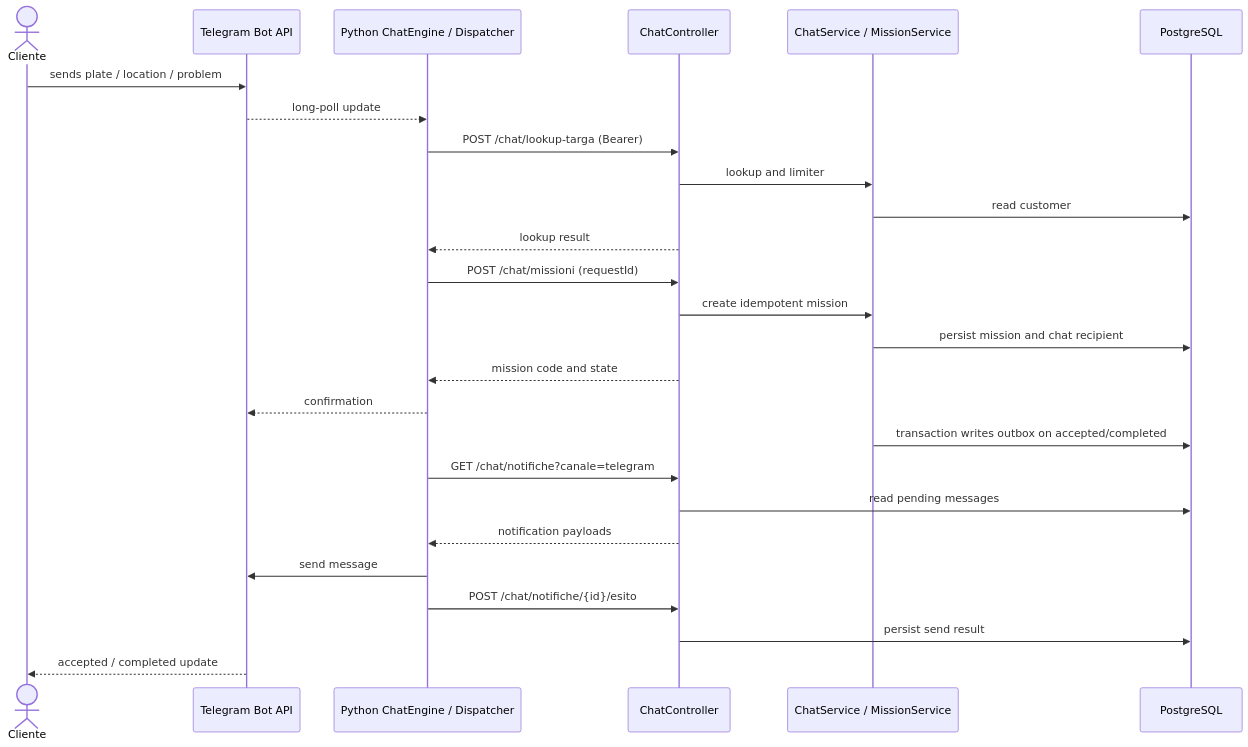
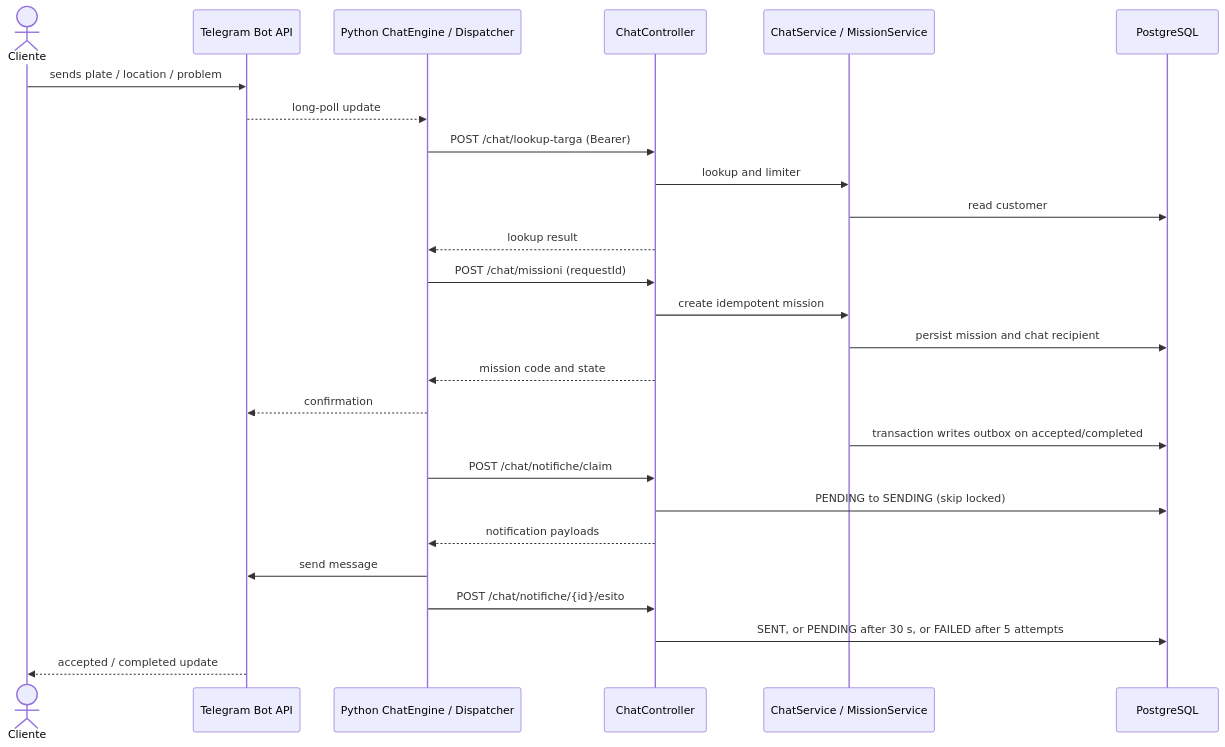
The diagram in docs/diagrams/chat_notifications_sequence.mmd (coluccimarco/fornitori-soccorso), drawn with Mermaid before and after one commit. The commit also changed 75 other files, not shown here.

```diff
--- a/docs/diagrams/chat_notifications_sequence.mmd
+++ b/docs/diagrams/chat_notifications_sequence.mmd
@@ -1,27 +1,27 @@
-%% Telegram long polling and supported notifications; not a provider CI test.
+%% Telegram long polling e notifiche con riserva persistente.
 sequenceDiagram
     actor Cliente
     participant Telegram as Telegram Bot API
     participant Bot as Python ChatEngine / Dispatcher
     participant API as ChatController
     participant Service as ChatService / MissionService
     participant DB as PostgreSQL
     Cliente->>Telegram: sends plate / location / problem
     Telegram-->>Bot: long-poll update
     Bot->>API: POST /chat/lookup-targa (Bearer)
     API->>Service: lookup and limiter
     Service->>DB: read customer
     API-->>Bot: lookup result
     Bot->>API: POST /chat/missioni (requestId)
     API->>Service: create idempotent mission
     Service->>DB: persist mission and chat recipient
     API-->>Bot: mission code and state
     Bot-->>Telegram: confirmation
     Service->>DB: transaction writes outbox on accepted/completed
-    Bot->>API: GET /chat/notifiche?canale=telegram
-    API->>DB: read pending messages
+    Bot->>API: POST /chat/notifiche/claim
+    API->>DB: PENDING to SENDING (skip locked)
     API-->>Bot: notification payloads
     Bot->>Telegram: send message
     Bot->>API: POST /chat/notifiche/{id}/esito
-    API->>DB: persist send result
+    API->>DB: SENT, or PENDING after 30 s, or FAILED after 5 attempts
     Telegram-->>Cliente: accepted / completed update
```
